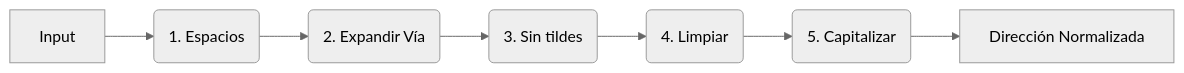
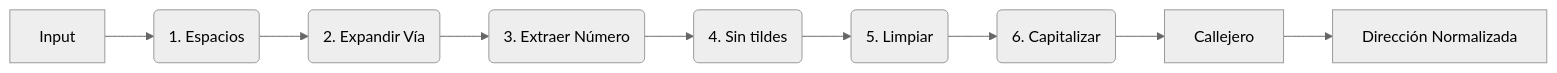
Before and after one commit to geoidegeoidal/azimut: the second of 2 diagrams in README.md, drawn with Mermaid (neutral theme). The commit also changed other lines of this file, not shown here.

Commit message:
docs: update README with callejero IDE Chile, 3-layer geocoding, pnpm

````diff
--- a/README.md
+++ b/README.md
@@ -54,9 +110,11 @@
 ```mermaid
 graph LR
     A[Input] --> B(1. Espacios)
     B --> C(2. Expandir Vía)
-    C --> D(3. Sin tildes)
-    D --> E(4. Limpiar)
-    E --> F(5. Capitalizar)
-    F --> G[Dirección Normalizada]
+    C --> D(3. Extraer Número)
+    D --> E(4. Sin tildes)
+    E --> F(5. Limpiar)
+    F --> G(6. Capitalizar)
+    G --> H[Callejero]
+    H --> I[Dirección Normalizada]
 ```
````
